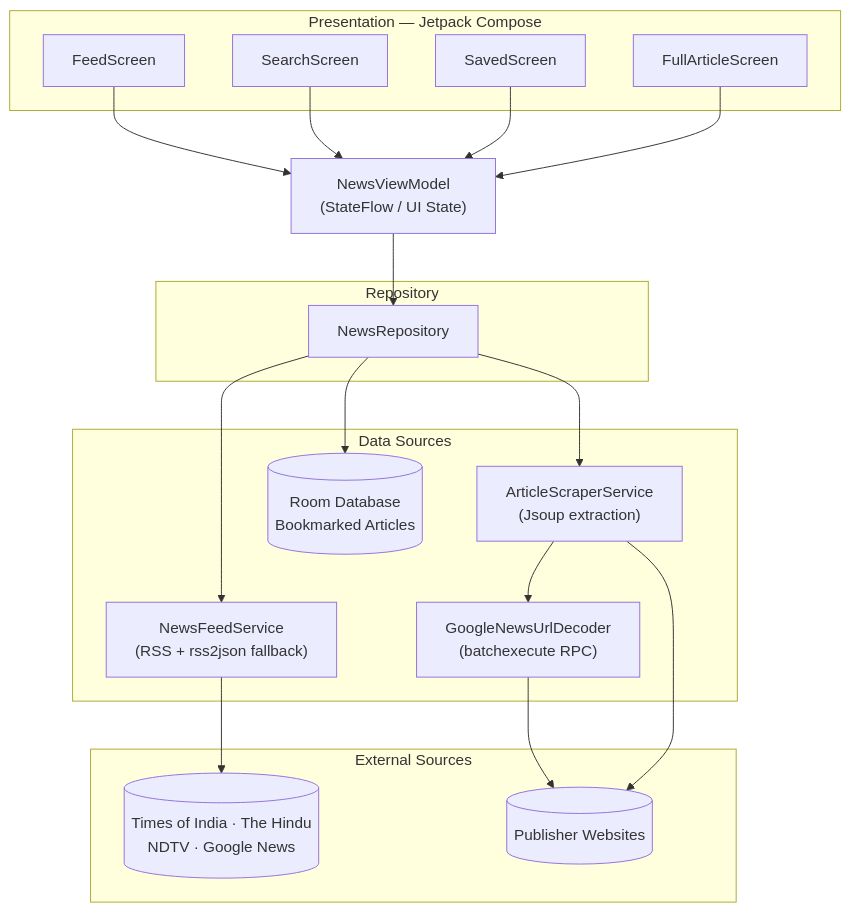
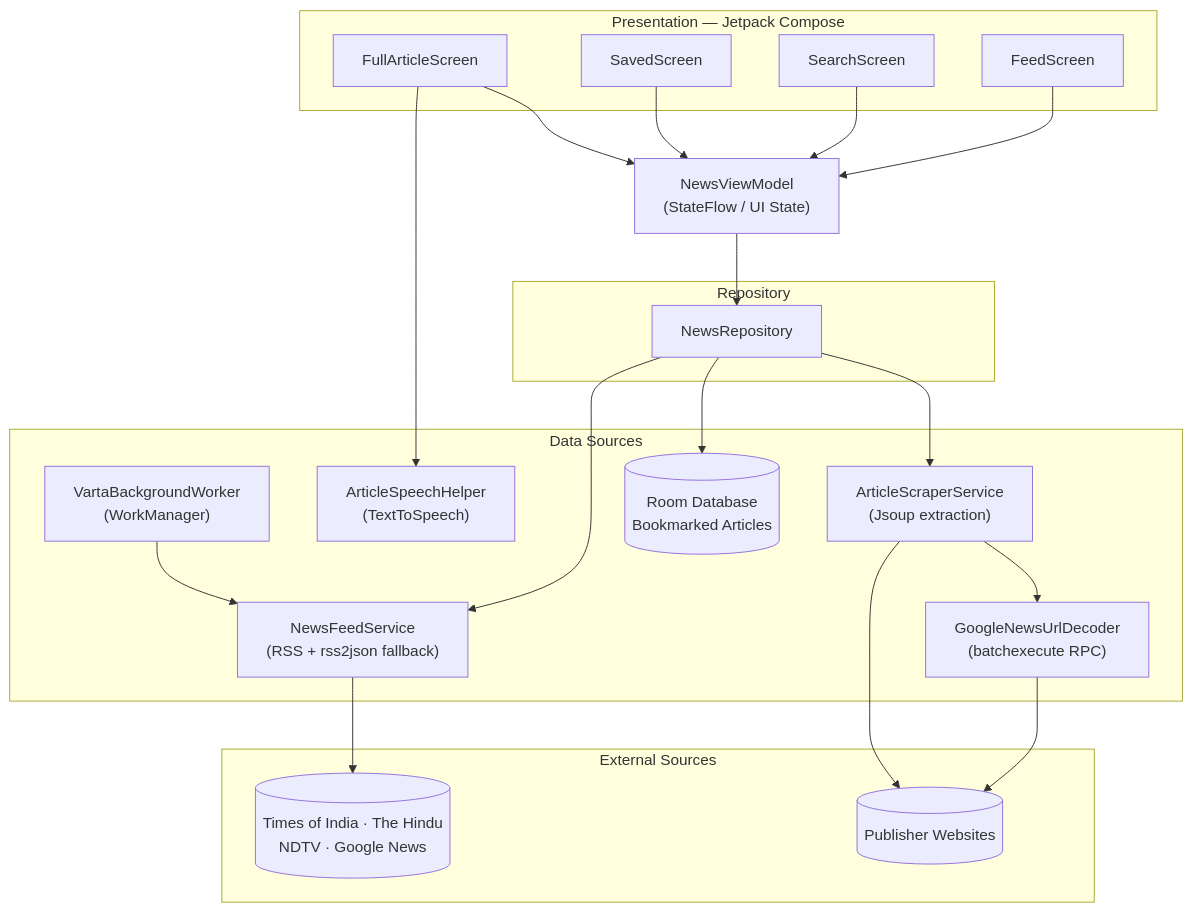
One commit to Adarsh311/Varta changed the diagram in README.md. Above: the diagram before and after it, drawn with Mermaid. The commit also changed other lines of this file, not shown here.

````diff
--- a/README.md
+++ b/README.md
@@ -109,40 +119,44 @@
 ```mermaid
 flowchart TD
     subgraph UI["Presentation — Jetpack Compose"]
         Feed[FeedScreen]
         Search[SearchScreen]
         Saved[SavedScreen]
         Article[FullArticleScreen]
     end
 
     VM["NewsViewModel<br/>(StateFlow / UI State)"]
 
     subgraph Domain["Repository"]
         Repo[NewsRepository]
     end
 
     subgraph Data["Data Sources"]
         FeedSvc["NewsFeedService<br/>(RSS + rss2json fallback)"]
         ScrapeSvc["ArticleScraperService<br/>(Jsoup extraction)"]
         Decoder["GoogleNewsUrlDecoder<br/>(batchexecute RPC)"]
+        Speech["ArticleSpeechHelper<br/>(TextToSpeech)"]
+        Worker["VartaBackgroundWorker<br/>(WorkManager)"]
         DB[("Room Database<br/>Bookmarked Articles")]
     end
 
     subgraph External["External Sources"]
         RSS[("Times of India · The Hindu<br/>NDTV · Google News")]
         Web[("Publisher Websites")]
     end
 
     Feed --> VM
     Search --> VM
     Saved --> VM
     Article --> VM
+    Article --> Speech
     VM --> Repo
     Repo --> FeedSvc
     Repo --> ScrapeSvc
     Repo --> DB
+    Worker --> FeedSvc
     ScrapeSvc --> Decoder
     FeedSvc --> RSS
     Decoder --> Web
     ScrapeSvc --> Web
 ```
````
